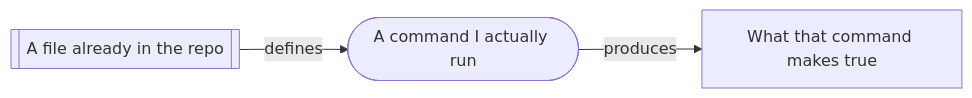
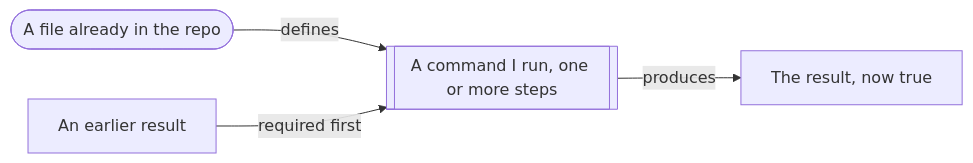
The first of 5 diagrams in README.md (Dennis4507/cloud-native-ha-platform), drawn with Mermaid before and after one commit. The commit also changed other lines of this file, not shown here.

````diff
--- a/README.md
+++ b/README.md
@@ -42,5 +42,6 @@
 ```mermaid
 flowchart LR
-    L1[["A file already in the repo"]] -->|defines| L2(["A command I actually run"])
-    L2 -->|produces| L3["What that command makes true"]
+    L1(["A file already in the repo"]) -->|defines| L2[["A command I run, one or more steps"]]
+    L2 -->|produces| L3["The result, now true"]
+    L0["An earlier result"] -->|required first| L2
 ```
````
